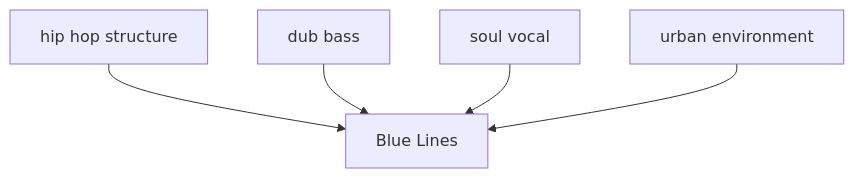
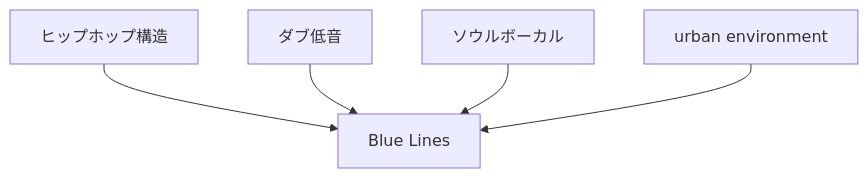
Before and after one commit to monumental-movement/monumental-movement.github.io: the ninth of 11 diagrams in en/_posts/2026-06-30-column-influential-album-02.md, drawn with Mermaid. The commit also changed other lines of this file and 2196 other files, not shown here.

```diff
--- a/en/_posts/2026-06-30-column-influential-album-02.md
+++ b/en/_posts/2026-06-30-column-influential-album-02.md
@@ -1035,14 +1033,14 @@
 <div class="mermaid">
 flowchart TD
-A[hip hop structure]
-B[dub bass]
-C[soul vocal]
+A[ヒップホップ構造]
+B[ダブ低音]
+C[ソウルボーカル]
 D[urban environment]
 E[Blue Lines]
 
 A --> E
 B --> E
 C --> E
 D --> E
 
 </div>
```
